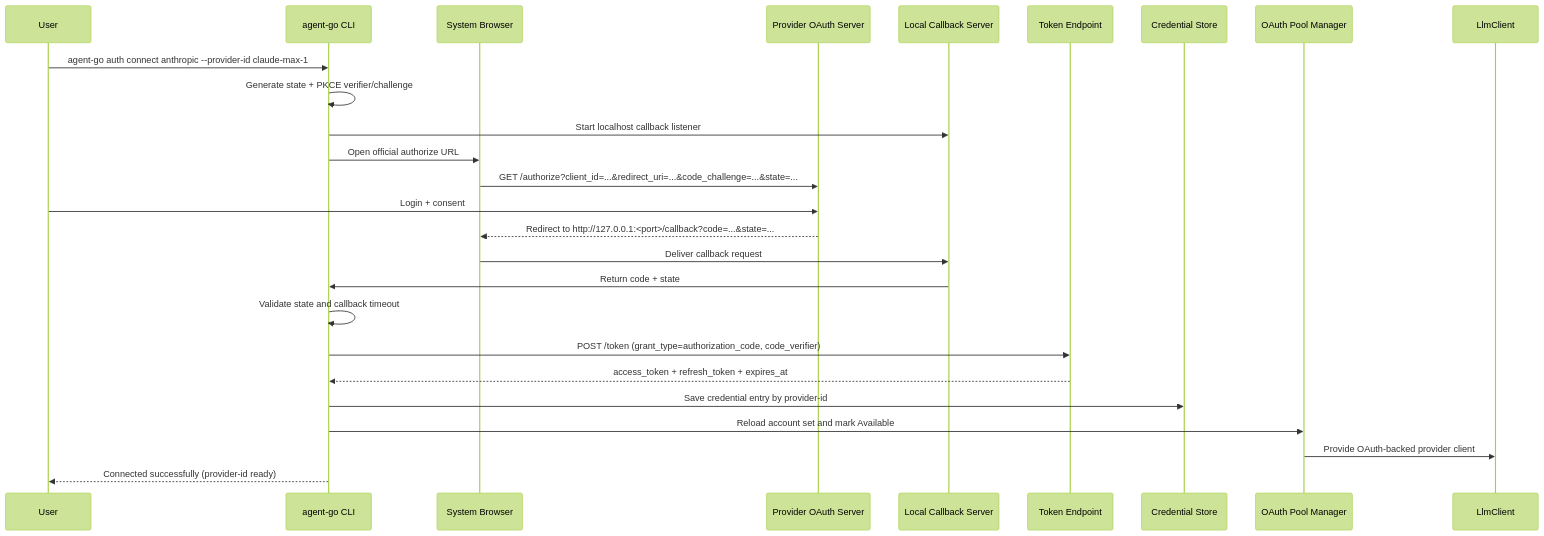
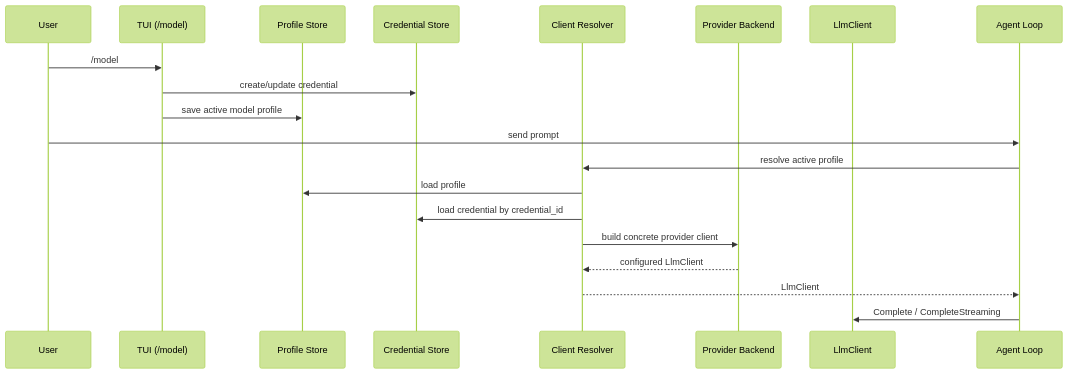
Before and after one commit to charles-chenzz/loom: the first of 3 diagrams in docs/agent-go-reimplementation-plan.md, drawn with Mermaid (forest theme). The commit also changed other lines of this file, not shown here.

Commit message:
context/prompt/plan design

````diff
--- a/docs/agent-go-reimplementation-plan.md
+++ b/docs/agent-go-reimplementation-plan.md
@@ -317,29 +445,23 @@
 ```mermaid
 sequenceDiagram
     participant U as User
-    participant CLI as agent-go CLI
-    participant B as System Browser
-    participant O as Provider OAuth Server
-    participant C as Local Callback Server
-    participant T as Token Endpoint
-    participant S as Credential Store
-    participant P as OAuth Pool Manager
+    participant T as TUI (/model)
+    participant P as Profile Store
+    participant C as Credential Store
+    participant R as Client Resolver
+    participant B as Provider Backend
     participant L as LlmClient
+    participant A as Agent Loop
 
-    U->>CLI: agent-go auth connect anthropic --provider-id claude-max-1
-    CLI->>CLI: Generate state + PKCE verifier/challenge
-    CLI->>C: Start localhost callback listener
-    CLI->>B: Open official authorize URL
-    B->>O: GET /authorize?client_id=...&redirect_uri=...&code_challenge=...&state=...
-    U->>O: Login + consent
-    O-->>B: Redirect to http://127.0.0.1:<port>/callback?code=...&state=...
-    B->>C: Deliver callback request
-    C->>CLI: Return code + state
-    CLI->>CLI: Validate state and callback timeout
-    CLI->>T: POST /token (grant_type=authorization_code, code_verifier)
-    T-->>CLI: access_token + refresh_token + expires_at
-    CLI->>S: Save credential entry by provider-id
-    CLI->>P: Reload account set and mark Available
-    P->>L: Provide OAuth-backed provider client
-    CLI-->>U: Connected successfully (provider-id ready)
+    U->>T: /model
+    T->>C: create/update credential
+    T->>P: save active model profile
+    U->>A: send prompt
+    A->>R: resolve active profile
+    R->>P: load profile
+    R->>C: load credential by credential_id
+    R->>B: build concrete provider client
+    B-->>R: configured LlmClient
+    R-->>A: LlmClient
+    A->>L: Complete / CompleteStreaming
 ```
````
